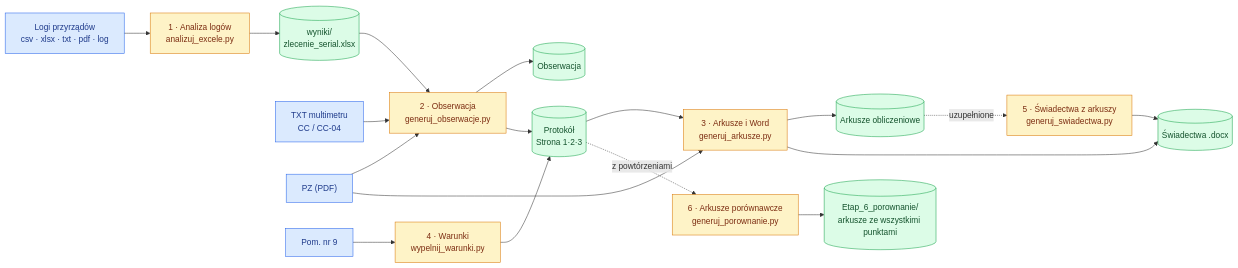
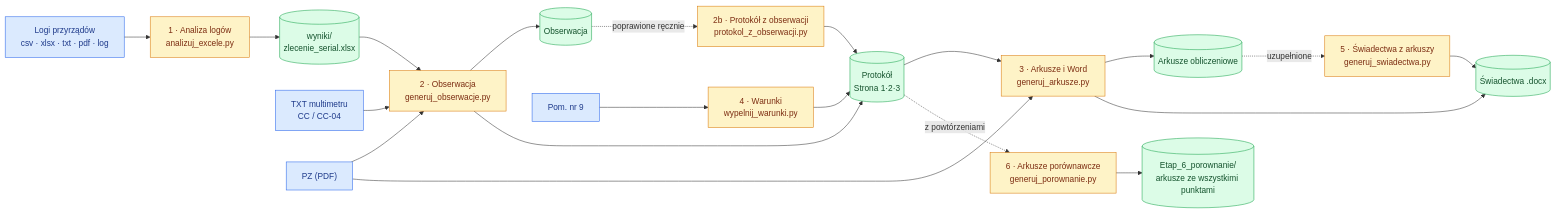
One commit to Azhdzer/script-protokol-arkusz-cc-clean changed the first of 3 diagrams in README.md. Above: the diagram before and after it, drawn with Mermaid. The commit also changed other lines of this file and 10 other files, not shown here.

First line of the commit message:
Krok 2b: protokol z punktow poprawionych recznie w obserwacji

````diff
--- a/README.md
+++ b/README.md
@@ -24,26 +24,28 @@
 ```mermaid
 flowchart LR
   LOG["Logi przyrządów<br/>csv · xlsx · txt · pdf · log"] --> K1["1 · Analiza logów<br/>analizuj_excele.py"]
   K1 --> WYN[("wyniki/<br/>zlecenie_serial.xlsx")]
   TXT["TXT multimetru<br/>CC / CC-04"] --> K2["2 · Obserwacja<br/>generuj_obserwacje.py"]
   PZ["PZ (PDF)"] --> K2
   WYN --> K2
   K2 --> OBS[("Obserwacja")]
   K2 --> PROT[("Protokół<br/>Strona 1·2·3")]
+  OBS -. poprawione ręcznie .-> K2b["2b · Protokół z obserwacji<br/>protokol_z_obserwacji.py"]
+  K2b --> PROT
   POM["Pom. nr 9"] --> K4["4 · Warunki<br/>wypelnij_warunki.py"]
   K4 --> PROT
   PROT --> K3["3 · Arkusze i Word<br/>generuj_arkusze.py"]
   PZ --> K3
   K3 --> ARK[("Arkusze obliczeniowe")]
   K3 --> SW[("Świadectwa .docx")]
   ARK -. uzupełnione .-> K5["5 · Świadectwa z arkuszy<br/>generuj_swiadectwa.py"]
   K5 --> SW
   PROT -. z powtórzeniami .-> K6["6 · Arkusze porównawcze<br/>generuj_porownanie.py"]
   K6 --> POR[("Etap_6_porownanie/<br/>arkusze ze wszystkimi punktami")]
   classDef in fill:#dbeafe,stroke:#2563eb,color:#1e3a8a;
   classDef xf fill:#fef3c7,stroke:#d97706,color:#7c2d12;
   classDef out fill:#dcfce7,stroke:#16a34a,color:#14532d;
   class LOG,TXT,PZ,POM in
-  class K1,K2,K3,K4,K5,K6 xf
+  class K1,K2,K2b,K3,K4,K5,K6 xf
   class WYN,OBS,PROT,ARK,SW,POR out
 ```
````
